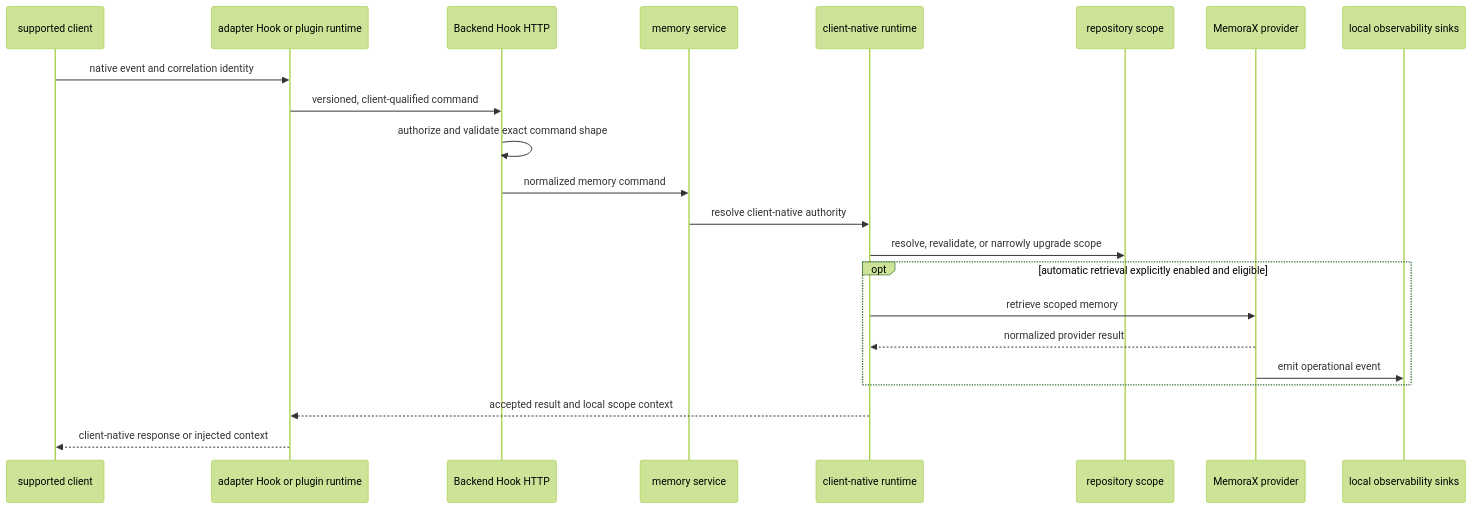
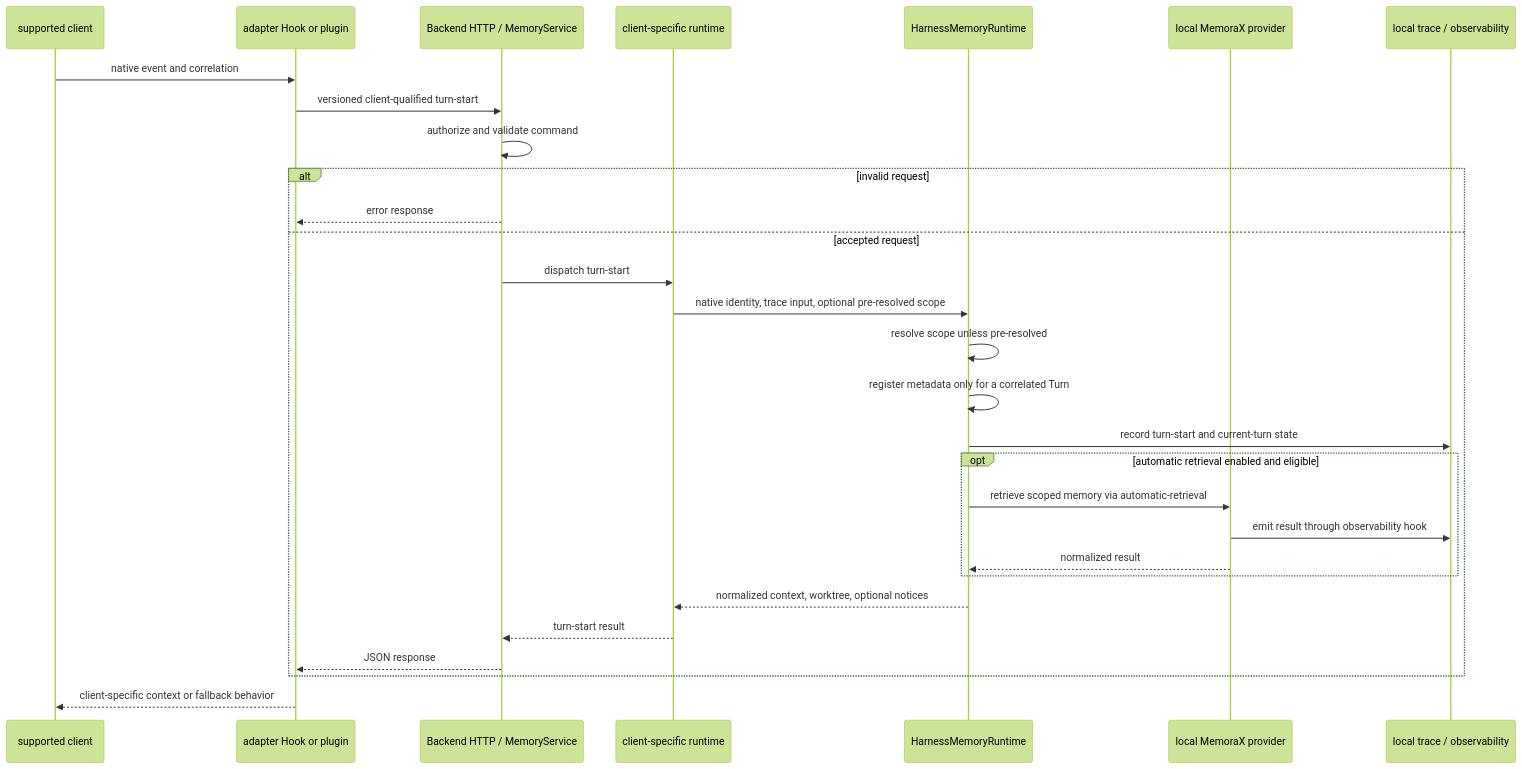
One commit to SimonEskildse/memorax-code changed the third of 7 diagrams in ARCHITECTURE.md. Above: the diagram before and after it, drawn with Mermaid (forest theme). The commit also changed other lines of this file and 4 other files, not shown here.

Commit message:
docs:(architecture) align runtime contracts and diagrams with implementation

````diff
--- a/ARCHITECTURE.md
+++ b/ARCHITECTURE.md
@@ -316,25 +350,32 @@
 ```mermaid
 sequenceDiagram
   participant Client as supported client
-  participant Hook as adapter Hook or plugin runtime
-  participant HTTP as Backend Hook HTTP
-  participant Service as memory service
-  participant Native as client-native runtime
-  participant Scope as repository scope
-  participant Provider as MemoraX provider
-  participant Obs as local observability sinks
+  participant Hook as adapter Hook or plugin
+  participant Backend as Backend HTTP / MemoryService
+  participant Native as client-specific runtime
+  participant Shared as HarnessMemoryRuntime
+  participant Provider as local MemoraX provider
+  participant Trace as local trace / observability
 
-  Client->>Hook: native event and correlation identity
-  Hook->>HTTP: versioned, client-qualified command
-  HTTP->>HTTP: authorize and validate exact command shape
-  HTTP->>Service: normalized memory command
-  Service->>Native: resolve client-native authority
-  Native->>Scope: resolve, revalidate, or narrowly upgrade scope
-  opt automatic retrieval explicitly enabled and eligible
-    Native->>Provider: retrieve scoped memory
-    Provider-->>Native: normalized provider result
-    Provider->>Obs: emit operational event
+  Client->>Hook: native event and correlation
+  Hook->>Backend: versioned client-qualified turn-start
+  Backend->>Backend: authorize and validate command
+  alt invalid request
+    Backend-->>Hook: error response
+  else accepted request
+    Backend->>Native: dispatch turn-start
+    Native->>Shared: native identity, trace input, optional pre-resolved scope
+    Shared->>Shared: resolve scope unless pre-resolved
+    Shared->>Shared: register metadata only for a correlated Turn
+    Shared->>Trace: record turn-start and current-turn state
+    opt automatic retrieval enabled and eligible
+      Shared->>Provider: retrieve scoped memory via automatic-retrieval
+      Provider->>Trace: emit result through observability hook
+      Provider-->>Shared: normalized result
+    end
+    Shared-->>Native: normalized context, worktree, optional notices
+    Native-->>Backend: turn-start result
+    Backend-->>Hook: JSON response
   end
-  Native-->>Hook: accepted result and local scope context
-  Hook-->>Client: client-native response or injected context
+  Hook-->>Client: client-specific context or fallback behavior
 ```
````
